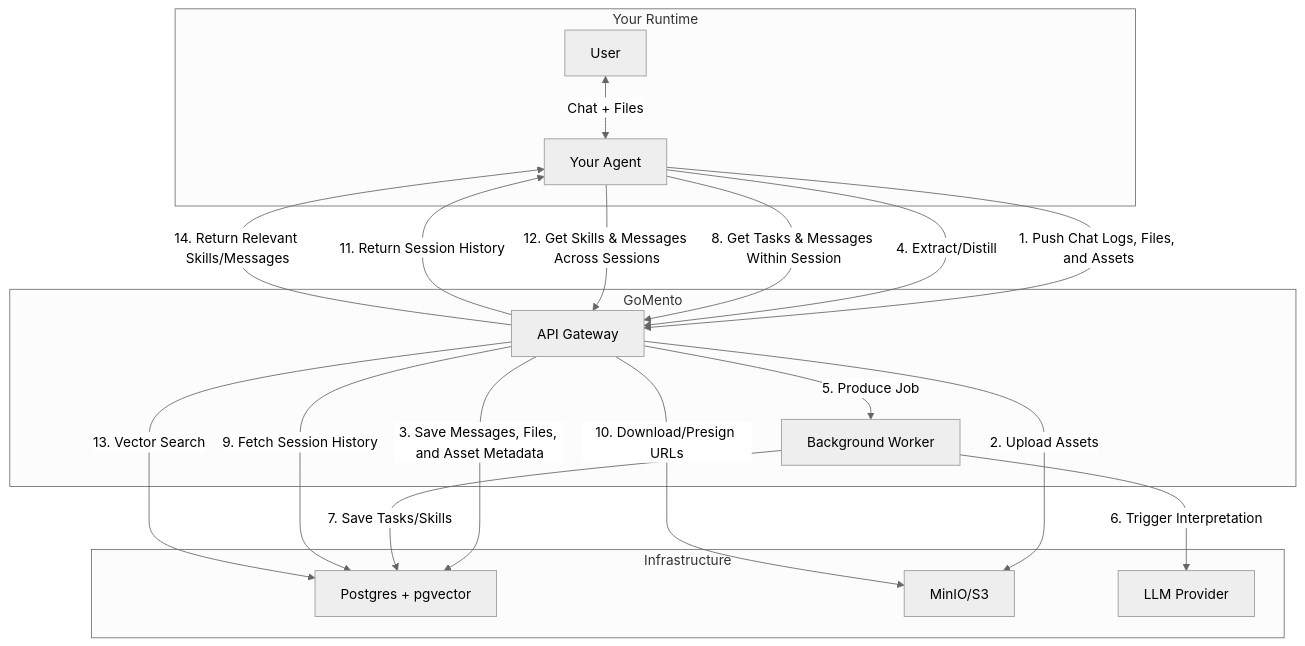
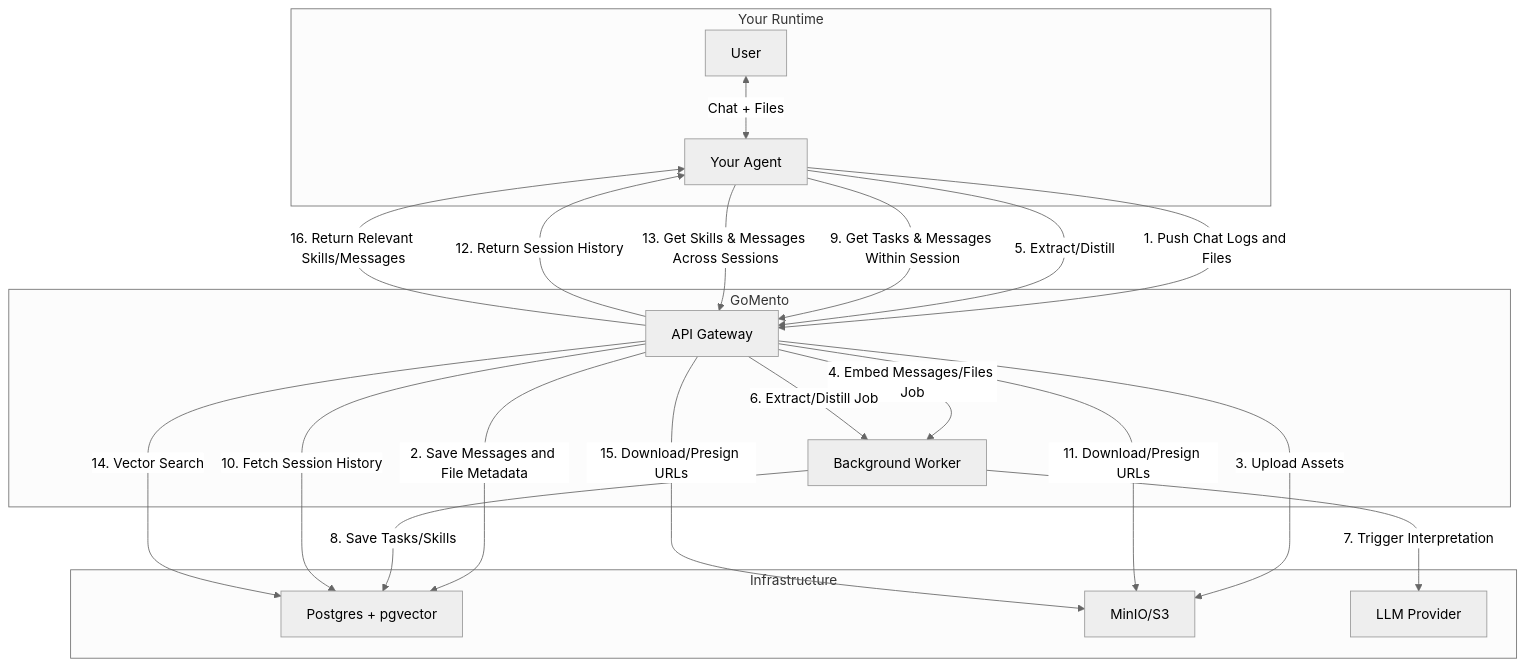
The first of 2 diagrams in README.md (w-h-a/gomento), drawn with Mermaid (neutral theme) before and after one commit.

Commit message:
docs: update README (#117)

````diff
--- a/README.md
+++ b/README.md
@@ -26,39 +26,41 @@
 ```mermaid
 graph TD
     subgraph "Your Runtime"
         User[User] <-->|Chat + Files| Agent[Your Agent]
     end
 
     subgraph "GoMento"
         API[API Gateway]
         Worker[Background Worker]
     end
 
     subgraph "Infrastructure"
         Postgres[Postgres + pgvector]
         MinIO[MinIO/S3]
         LLM[LLM Provider]
     end
 
     %% Flow 1: Storing Context
-    Agent -- "1. Push Chat Logs, Files, and Assets" --> API
-    API -- "2. Upload Assets" --> MinIO
-    API -- "3. Save Messages, Files, and Asset Metadata" --> Postgres
+    Agent -- "1. Push Chat Logs and Files" --> API
+    API -- "2. Save Messages and File Metadata" --> Postgres
+    API -- "3. Upload Assets" --> MinIO
+    API -- "4. Embed Messages/Files Job" --> Worker
     
     %% Flow 2: Interpretation
-    Agent -- "4. Extract/Distill" --> API
-    API -- "5. Produce Job" --> Worker
-    Worker -- "6. Trigger Interpretation" --> LLM
-    Worker -- "7. Save Tasks/Skills" --> Postgres
+    Agent -- "5. Extract/Distill" --> API
+    API -- "6. Extract/Distill Job" --> Worker
+    Worker -- "7. Trigger Interpretation" --> LLM
+    Worker -- "8. Save Tasks/Skills" --> Postgres
 
     %% Flow 3: Retrieval (Within a Session)
-    Agent -- "8. Get Tasks & Messages Within Session" --> API
-    API -- "9. Fetch Session History" --> Postgres
-    API -- "10. Download/Presign URLs" --> MinIO
-    API -- "11. Return Session History" --> Agent
+    Agent -- "9. Get Tasks & Messages Within Session" --> API
+    API -- "10. Fetch Session History" --> Postgres
+    API -- "11. Download/Presign URLs" --> MinIO
+    API -- "12. Return Session History" --> Agent
 
     %% Flow 4: Retrieval (Across Sessions)
-    Agent -- "12. Get Skills & Messages Across Sessions" --> API
-    API -- "13. Vector Search" --> Postgres
-    API -- "14. Return Relevant Skills/Messages" --> Agent
+    Agent -- "13. Get Skills & Messages Across Sessions" --> API
+    API -- "14. Vector Search" --> Postgres
+    API -- "15. Download/Presign URLs" --> MinIO
+    API -- "16. Return Relevant Skills/Messages" --> Agent
 ```
````
